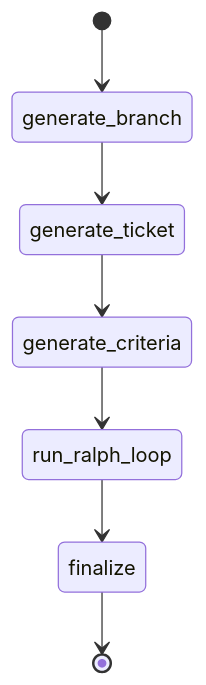
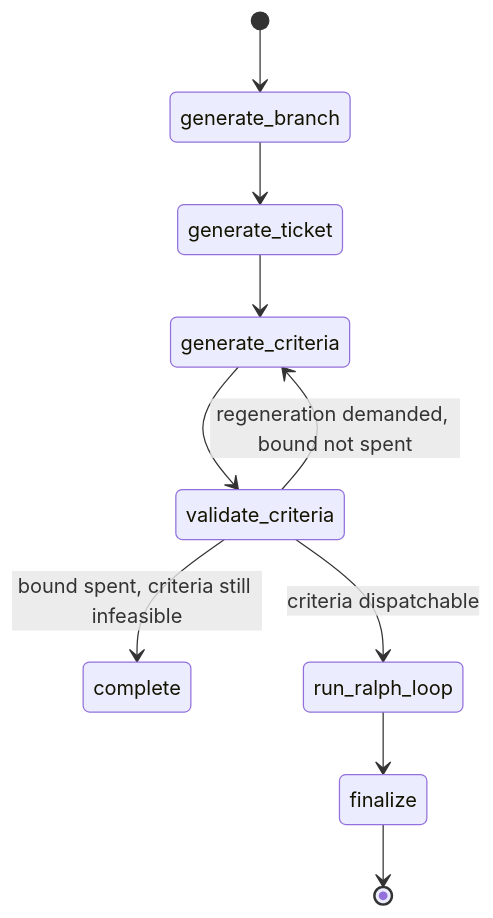
One commit to YalDan/kodezart changed the second of 5 diagrams in docs/architecture.md. Above: the diagram before and after it, drawn with Mermaid. The commit also changed other lines of this file and 84 other files, not shown here.

````diff
--- a/docs/architecture.md
+++ b/docs/architecture.md
@@ -56,9 +56,12 @@
 ```mermaid
 stateDiagram-v2
     [*] --> generate_branch
     generate_branch --> generate_ticket
     generate_ticket --> generate_criteria
-    generate_criteria --> run_ralph_loop
+    generate_criteria --> validate_criteria
+    validate_criteria --> generate_criteria : regeneration demanded, bound not spent
+    validate_criteria --> complete : bound spent, criteria still infeasible
+    validate_criteria --> run_ralph_loop : criteria dispatchable
     run_ralph_loop --> finalize
     finalize --> [*]
 ```
````
